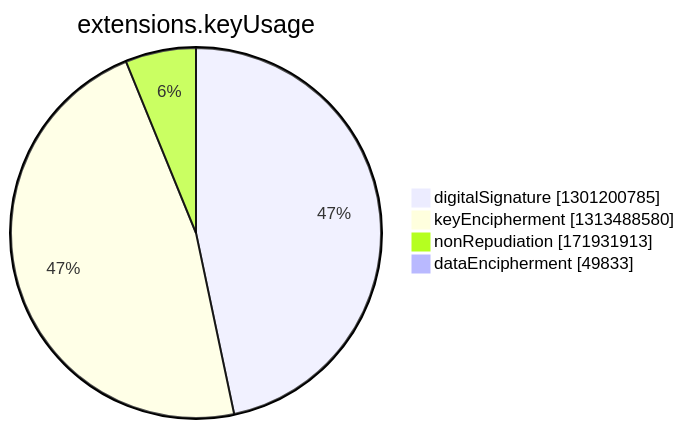
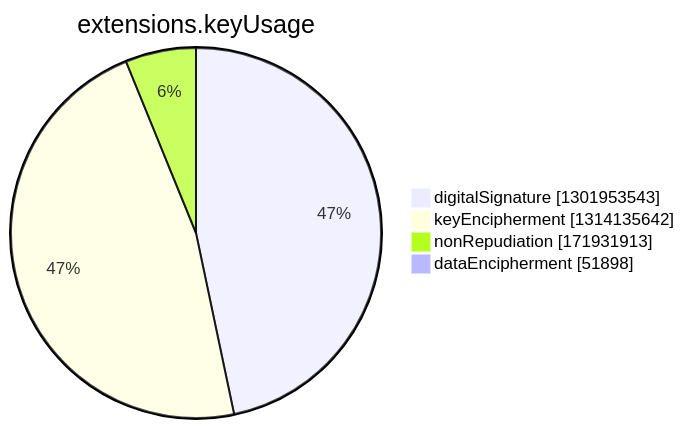
Before and after one commit to christiankrug/ctmonitor_visualization: the seventh of 15 diagrams in argon2022/README.md, drawn with Mermaid. The commit also changed other lines of this file, not shown here.

````diff
--- a/argon2022/README.md
+++ b/argon2022/README.md
@@ -2749,8 +2749,8 @@
 ```mermaid
 pie showData
 title extensions.keyUsage
-"digitalSignature" :1301200785
-"keyEncipherment" :1313488580
+"digitalSignature" :1301953543
+"keyEncipherment" :1314135642
 "nonRepudiation" :171931913
-"dataEncipherment" :49833
+"dataEncipherment" :51898
 ```
````
